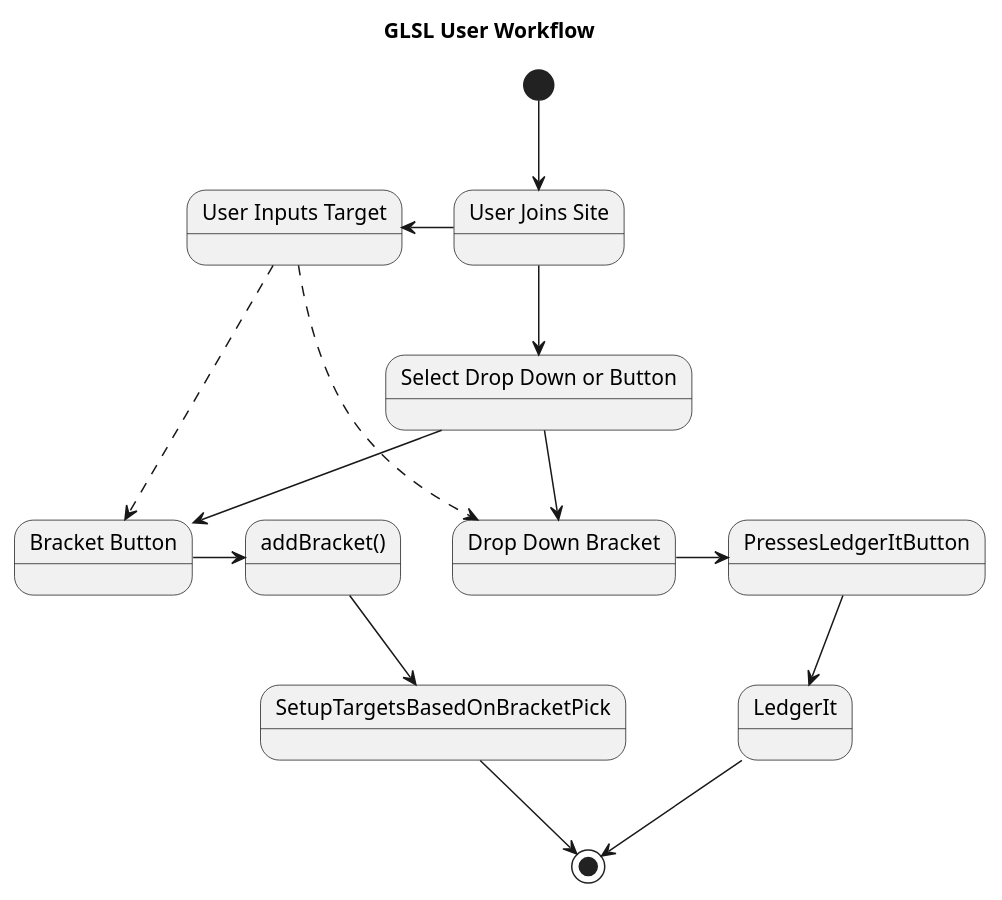
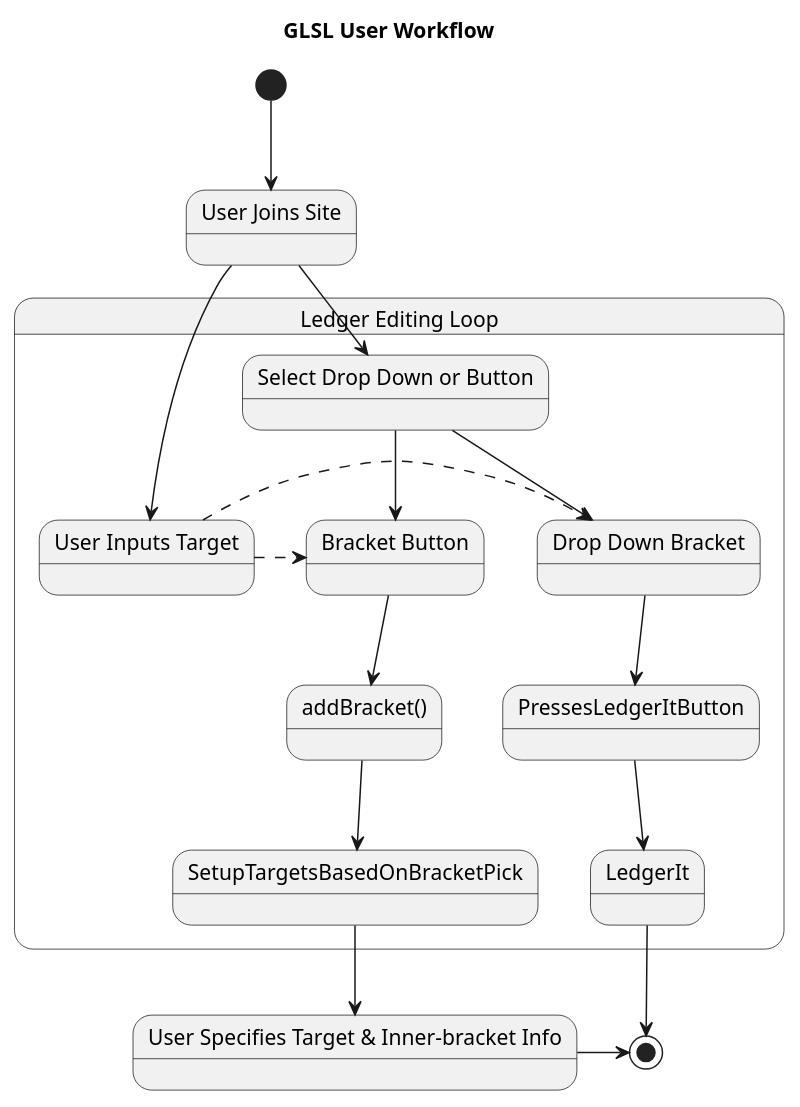
One commit to ActuallyFro/Grevnyrch changed the diagram in 02_GLSL/01_Design-Docs/UX-Workflow.adoc. Above: the diagram before and after it, drawn with PlantUML.

Commit message:
{02_GLSL/01_Design-Docs} Moving to include LedgerLoop

```diff
--- a/02_GLSL/01_Design-Docs/UX-Workflow.adoc
+++ b/02_GLSL/01_Design-Docs/UX-Workflow.adoc
@@ -8,42 +8,59 @@
 [plantuml, target=diagram-classes, format=png]
 ....
 @startuml
 Title GLSL User Workflow
+
 State "User Joins Site" as  UserJoins
-State "Select Drop Down or Button" as SelectDropDownOrButton
-State "Bracket Button" as BracketButton
-State "Drop Down Bracket" as DropDownBracket 
-State "addBracket()" as addBracket
+State "User Specifies Target & Inner-bracket Info" as UserSpecifiesTargetAndInnerBracketInfo
 
-State "User Inputs Target" as TargetIsInputted
 
 [*] -down-> UserJoins
 
+
+State "Ledger Editing Loop" as LedgerLoop {
+  UserJoins -down-> SelectDropDownOrButton
+  UserJoins -down-> TargetIsInputted
+
+  State "Select Drop Down or Button" as SelectDropDownOrButton
+  State "Bracket Button" as BracketButton
+  State "Drop Down Bracket" as DropDownBracket 
+  State "addBracket()" as addBracket
+  
+  State "User Inputs Target" as TargetIsInputted
+  
+  
+
+
+  SelectDropDownOrButton -down-> DropDownBracket
+  SelectDropDownOrButton -down-> BracketButton
+  BracketButton --> addBracket
+
+  TargetIsInputted -[dashed]> BracketButton
+  TargetIsInputted -[dashed]> DropDownBracket
+
+  DropDownBracket --> PressesLedgerItButton
+
+  PressesLedgerItButton -down-> LedgerIt
+  
+  addBracket --> SetupTargetsBasedOnBracketPick
+  SetupTargetsBasedOnBracketPick --> UserSpecifiesTargetAndInnerBracketInfo
+
+}
+
+
+LedgerIt -down-> [*]
+
+UserSpecifiesTargetAndInnerBracketInfo -down> [*]
+@enduml
+
+
+' =======================================
 ' note left of UserJoins : Single line note
 ' note right of SelectDropDownOrButton
 '    Notes can also 
 '    take up multiple
 '    lines like this
 'end note
 
 'UserJoins -right-> SelectDropDownOrButton
-UserJoins -down-> SelectDropDownOrButton
-UserJoins -left-> TargetIsInputted
-SelectDropDownOrButton -down-> DropDownBracket
-SelectDropDownOrButton -down-> BracketButton
-BracketButton -> addBracket
-' DropDownBracket -left-> Sleeping
-
-TargetIsInputted -[dashed]> BracketButton
-TargetIsInputted -[dashed]> DropDownBracket
-
-DropDownBracket -> PressesLedgerItButton
-
-PressesLedgerItButton -down-> LedgerIt
-
-LedgerIt -down-> [*]
-
-addBracket -> SetupTargetsBasedOnBracketPick
-SetupTargetsBasedOnBracketPick -down> [*]
-@enduml
 ....
```
